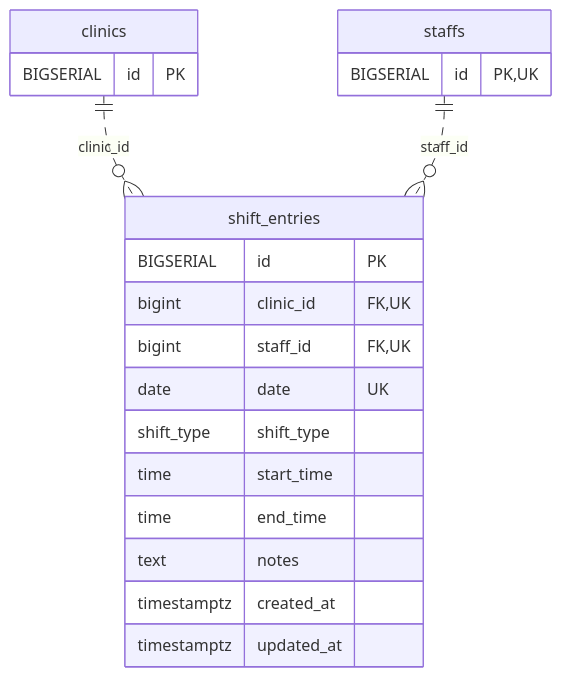
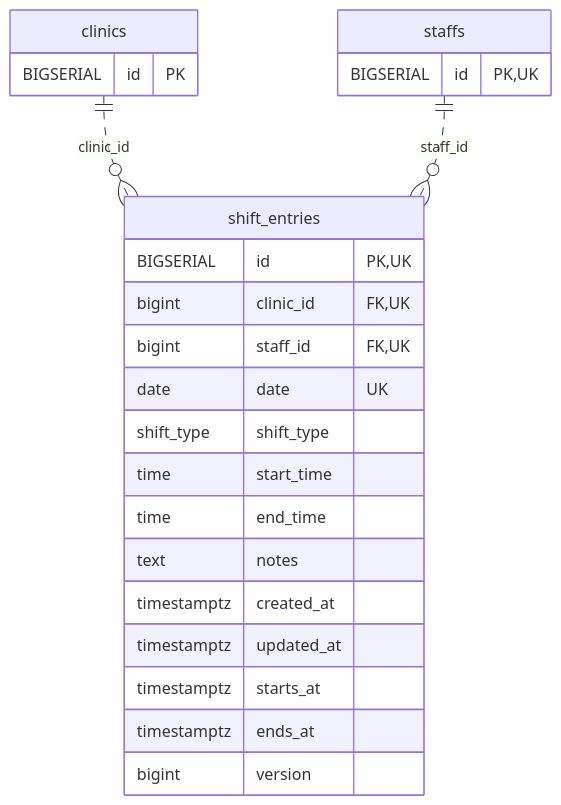
One commit to MinoruSoga/AnimalEkarte changed the diagram in docs/architecture/erd-detail/shift_entries.md. Above: the diagram before and after it, drawn with Mermaid. The commit also changed other lines of this file and 131 other files, not shown here.

````diff
--- a/docs/architecture/erd-detail/shift_entries.md
+++ b/docs/architecture/erd-detail/shift_entries.md
@@ -33,23 +36,26 @@
 ```mermaid
 erDiagram
     shift_entries {
-        BIGSERIAL id PK
+        BIGSERIAL id PK,UK
         bigint clinic_id FK,UK
         bigint staff_id FK,UK
         date date UK
         shift_type shift_type
         time start_time
         time end_time
         text notes
         timestamptz created_at
         timestamptz updated_at
+        timestamptz starts_at
+        timestamptz ends_at
+        bigint version
     }
     clinics {
         BIGSERIAL id PK
     }
     staffs {
         BIGSERIAL id PK,UK
     }
     clinics ||..o{ shift_entries : "clinic_id"
     staffs ||..o{ shift_entries : "staff_id"
 ```
````
